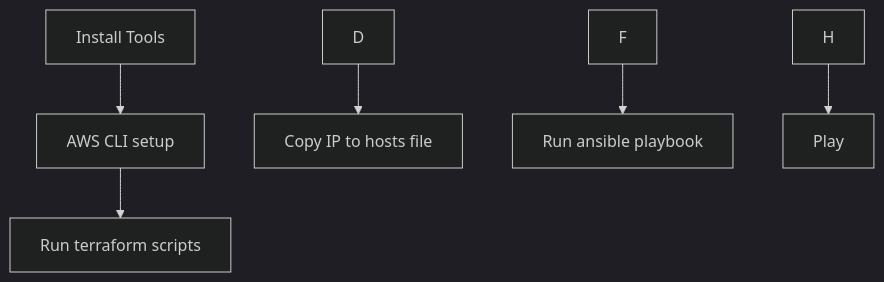
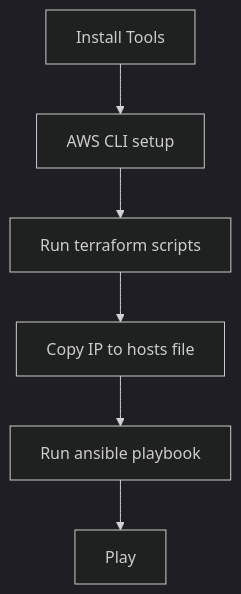
One commit to sourcewire/auto_mc_server changed the diagram in README.md. Above: the diagram before and after it, drawn with Mermaid (dark theme).

Commit message:
fixing md v4

````diff
--- a/README.md
+++ b/README.md
@@ -36,9 +36,9 @@
 ```mermaid
 graph TD
     A[Install Tools] --> B[AWS CLI setup]
     B --> C[Run terraform scripts]
-    D --> E[Copy IP to hosts file]
-    F --> G[Run ansible playbook]
-    H --> I[Play]
+    C --> D[Copy IP to hosts file]
+    D --> E[Run ansible playbook]
+    E --> F[Play]
 
 ```
````
